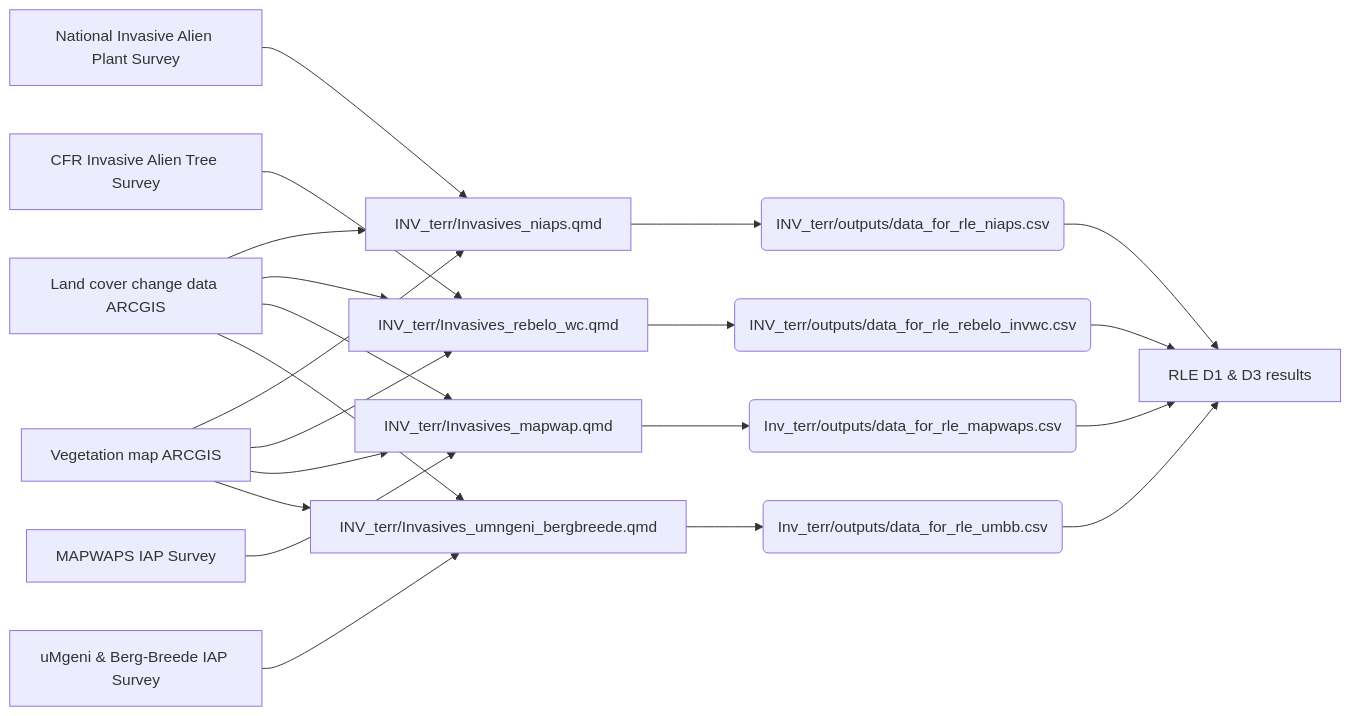
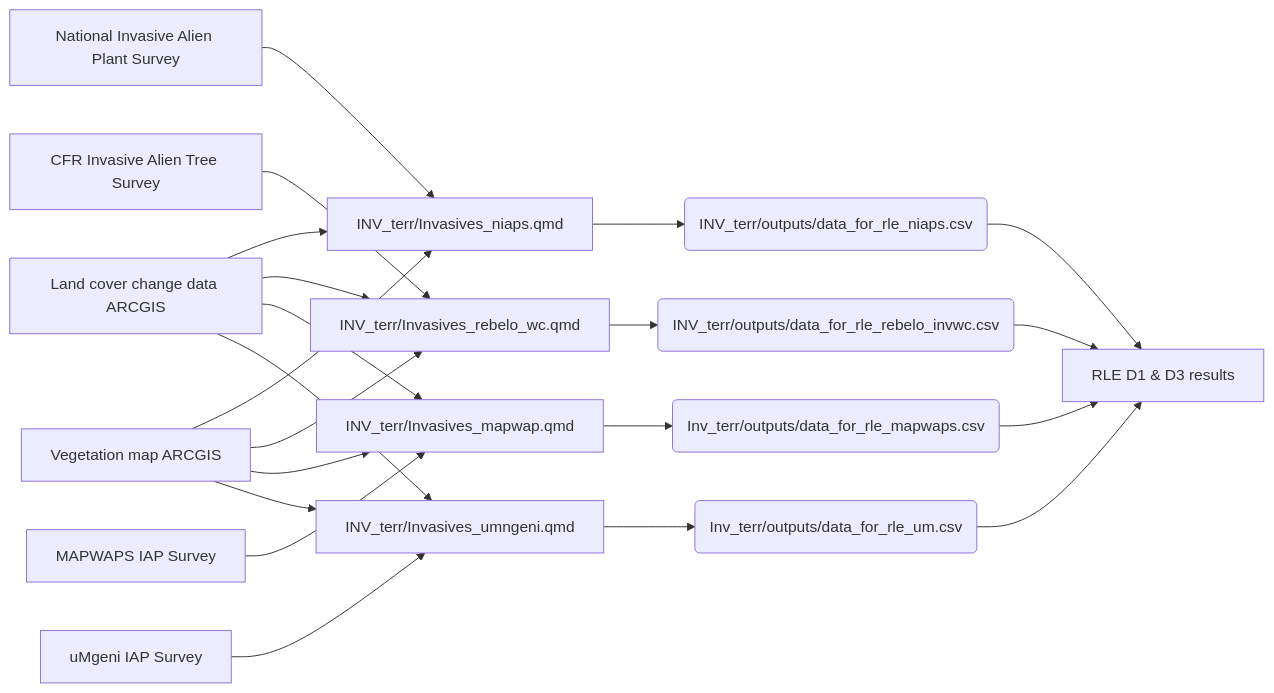
Before and after one commit to askowno/INV_terr: the diagram in README.md, drawn with Mermaid. The commit also changed other lines of this file and 7 other files, not shown here.

````diff
--- a/README.md
+++ b/README.md
@@ -25,15 +23,15 @@
 ``` mermaid
 flowchart LR; 
 A[Land cover change data ARCGIS] --> B[INV_terr/Invasives_niaps.qmd] --> C(INV_terr/outputs/data_for_rle_niaps.csv) --> D[RLE D1 & D3 results]; 
 E[National Invasive Alien Plant Survey] --> B; 
 F[Vegetation map ARCGIS] --> B; 
 G[CFR Invasive Alien Tree Survey] --> H[INV_terr/Invasives_rebelo_wc.qmd] --> I(INV_terr/outputs/data_for_rle_rebelo_invwc.csv) --> D; 
 A --> H; 
 F --> H;
 A --> J;
 F --> J;
 K[MAPWAPS IAP Survey] --> J[INV_terr/Invasives_mapwap.qmd] --> L(Inv_terr/outputs/data_for_rle_mapwaps.csv) --> D;
 A --> N; 
 F --> N;
-M[uMgeni & Berg-Breede IAP Survey] --> N[INV_terr/Invasives_umngeni_bergbreede.qmd] --> O(Inv_terr/outputs/data_for_rle_umbb.csv) --> D; 
+M[uMgeni IAP Survey] --> N[INV_terr/Invasives_umngeni.qmd] --> O(Inv_terr/outputs/data_for_rle_um.csv) --> D; 
 ```
````
